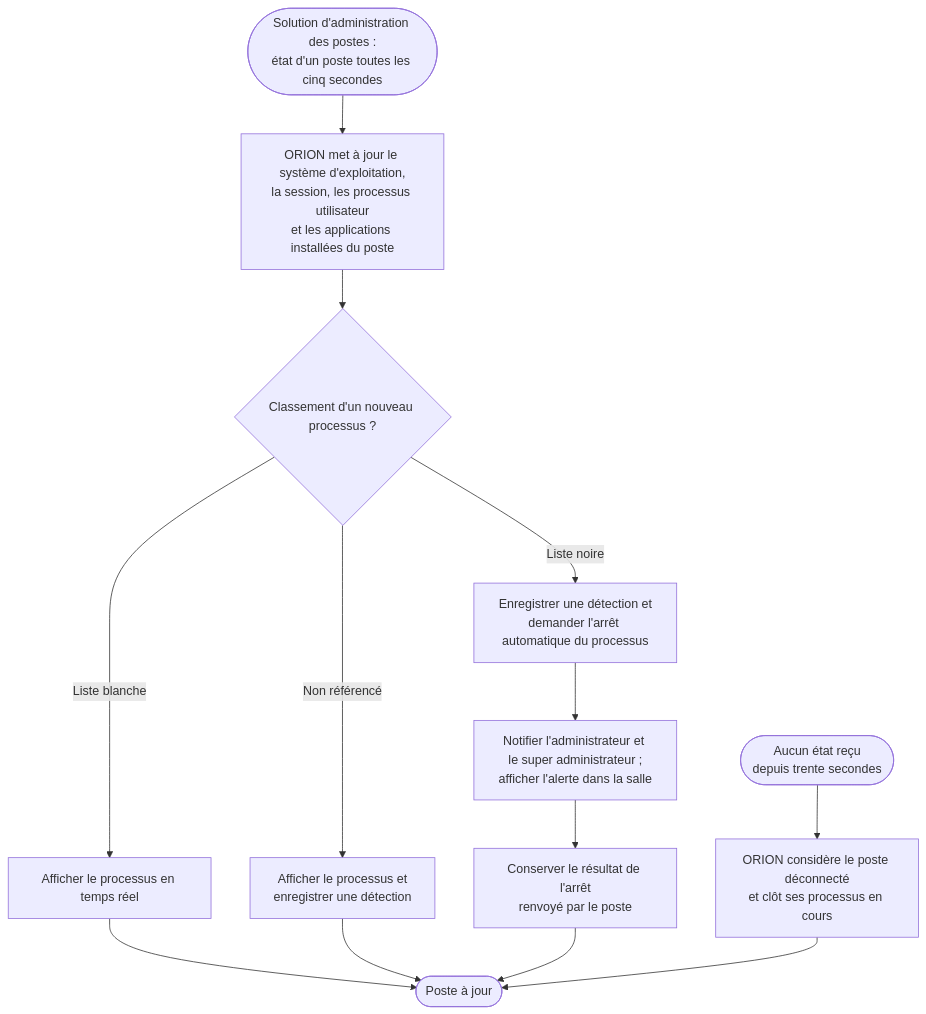
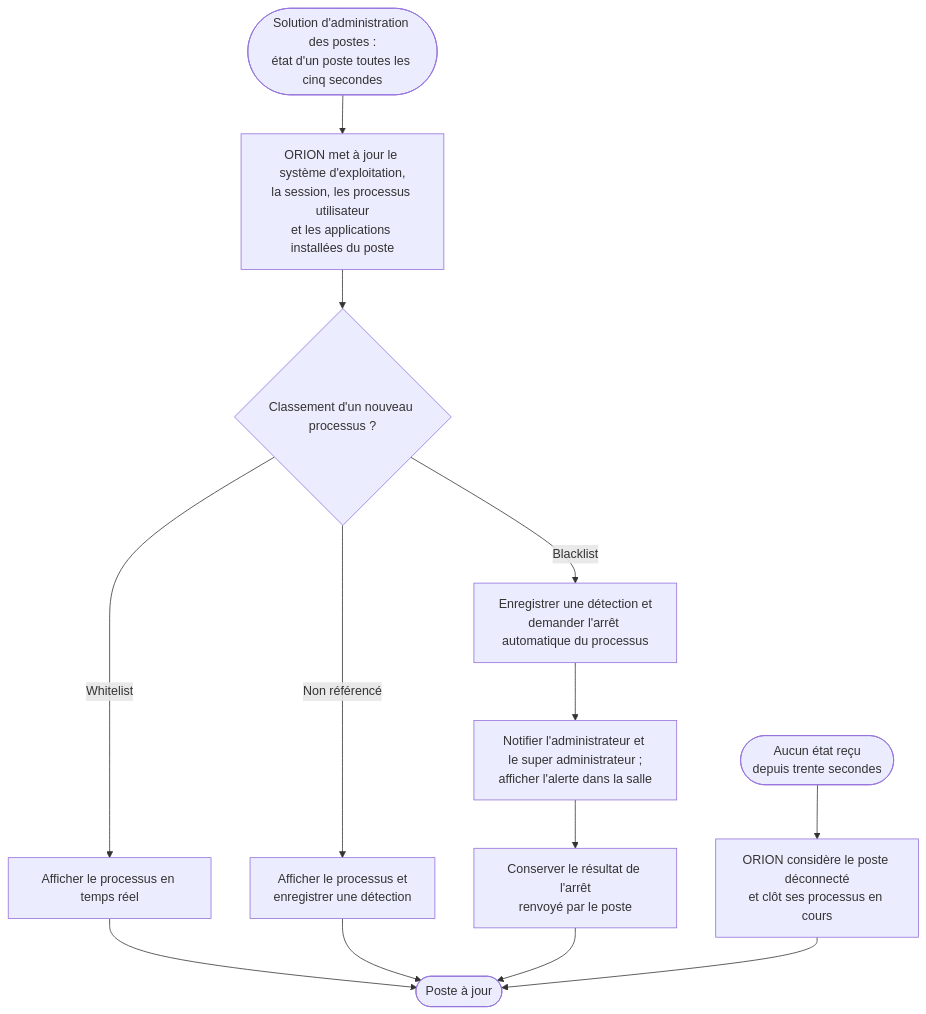
One commit to bpierrelouis/aster changed the sixth of 10 diagrams in docs/02-ANALYSE/01-MODELISATION-METIER/07-DIAGRAMMES-ACTIVITE.md. Above: the diagram before and after it, drawn with Mermaid. The commit also changed other lines of this file and 10 other files, not shown here.

````diff
--- a/docs/02-ANALYSE/01-MODELISATION-METIER/07-DIAGRAMMES-ACTIVITE.md
+++ b/docs/02-ANALYSE/01-MODELISATION-METIER/07-DIAGRAMMES-ACTIVITE.md
@@ -109,15 +109,15 @@
 ```mermaid
 flowchart TD
     rapport(["Solution d'administration des postes :<br/>état d'un poste toutes les cinq secondes"]) --> etat["ORION met à jour le système d'exploitation,<br/>la session, les processus utilisateur<br/>et les applications installées du poste"]
     etat --> classement{"Classement d'un nouveau processus ?"}
-    classement -->|"Liste blanche"| affichage["Afficher le processus en temps réel"]
+    classement -->|"Whitelist"| affichage["Afficher le processus en temps réel"]
     classement -->|"Non référencé"| detection["Afficher le processus et<br/>enregistrer une détection"]
-    classement -->|"Liste noire"| interdit["Enregistrer une détection et<br/>demander l'arrêt automatique du processus"]
+    classement -->|"Blacklist"| interdit["Enregistrer une détection et<br/>demander l'arrêt automatique du processus"]
     interdit --> alerte["Notifier l'administrateur et le super administrateur ;<br/>afficher l'alerte dans la salle"]
     alerte --> resultat["Conserver le résultat de l'arrêt<br/>renvoyé par le poste"]
     affichage --> fin(["Poste à jour"])
     detection --> fin
     resultat --> fin
     silence(["Aucun état reçu<br/>depuis trente secondes"]) --> deconnecte["ORION considère le poste déconnecté<br/>et clôt ses processus en cours"]
     deconnecte --> fin
 ```
````
